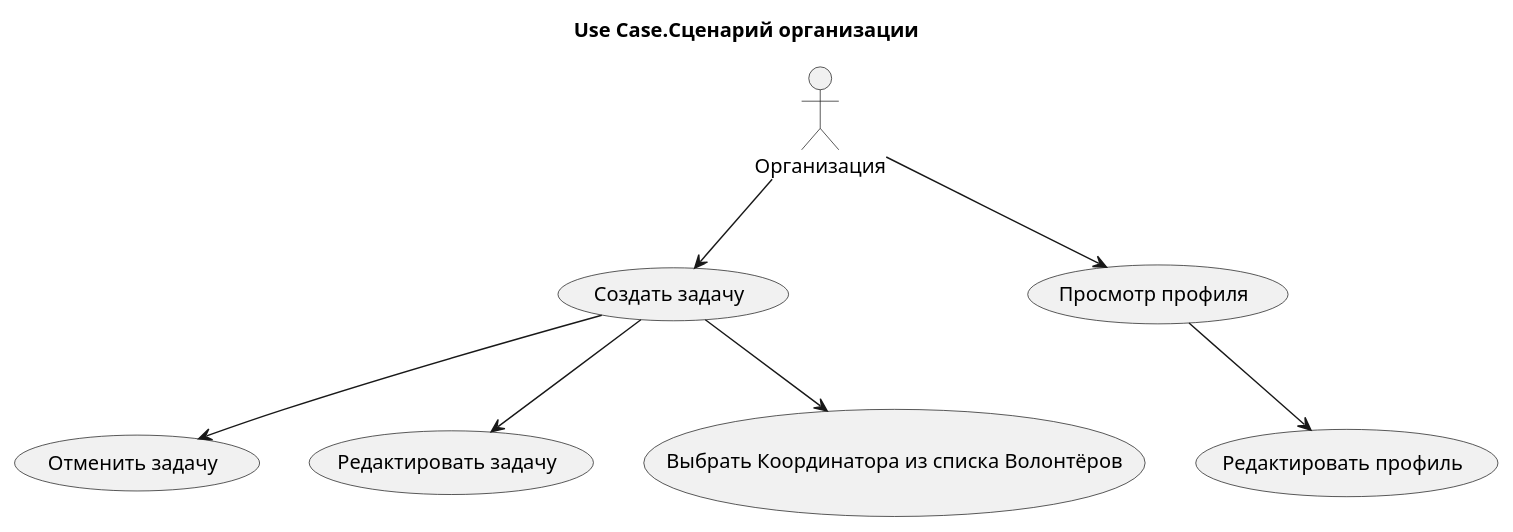
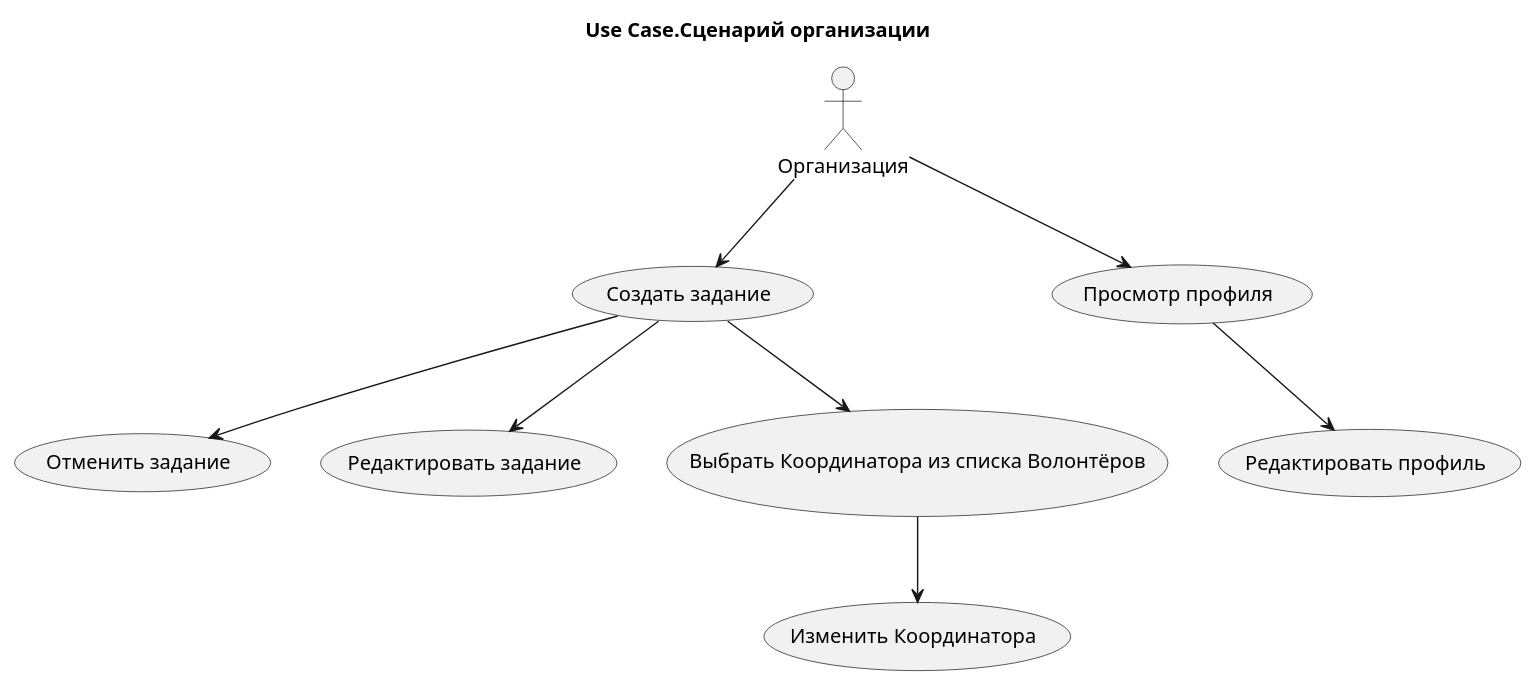
One commit to den990/daPomogu changed the diagram in architecture/Use Cases/Use Case.Организация.puml. Above: the diagram before and after it, drawn with PlantUML. The commit also changed 3 other files, not shown here.

```diff
--- a/architecture/Use Cases/Use Case.Организация.puml
+++ b/architecture/Use Cases/Use Case.Организация.puml
@@ -1,17 +1,18 @@
 @startuml
 
 skinparam style classic
 
 title Use Case.Сценарий организации
 
-:Организация: 
+:Организация:
 
-Организация --> (Создать задачу)
-(Создать задачу) --> (Отменить задачу)
-(Создать задачу) --> (Редактировать задачу)
-(Создать задачу) --> (Выбрать Координатора из списка Волонтёров)
+Организация --> (Создать задание)
+(Создать задание) --> (Отменить задание)
+(Создать задание) --> (Редактировать задание)
+(Создать задание) --> (Выбрать Координатора из списка Волонтёров)
+(Выбрать Координатора из списка Волонтёров) --> (Изменить Координатора)
 
 Организация --> (Просмотр профиля)
 (Просмотр профиля) --> (Редактировать профиль)
 
 @enduml
```
